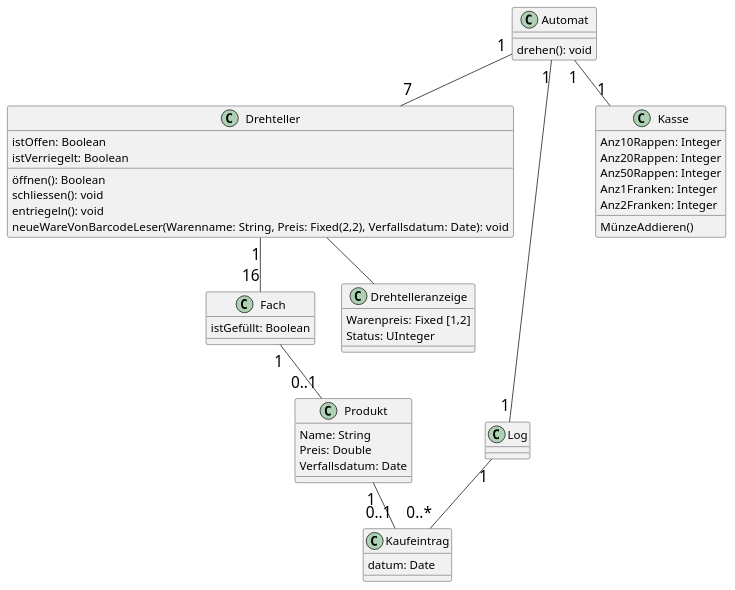
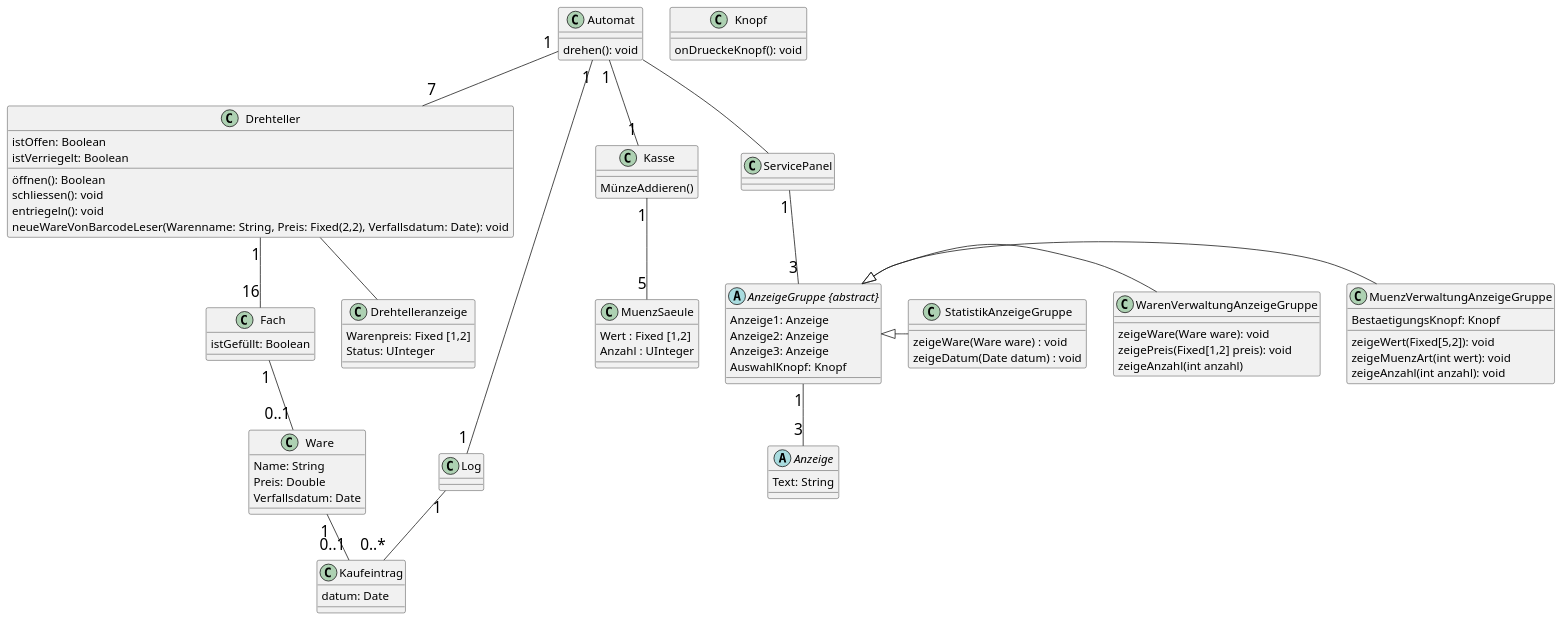
One commit to egoat/MAS-SE22_Warenautomat2022_Analyse changed the second of 3 diagrams in Warenautomat.md. Above: the diagram before and after it, drawn with PlantUML. The commit also changed other lines of this file, not shown here.

Commit message:
Umbenennen: Produkt -> Ware, modellieren ServicePanel

````diff
--- a/Warenautomat.md
+++ b/Warenautomat.md
@@ -81,11 +81,11 @@
 skinparam classAttributeFontSize 15
 skinparam arrowFontSize 20
 
-class "Automat" as A {
+class Automat {
     drehen(): void
 }
 
-class "Drehteller" as D {
+class Drehteller {
     istOffen: Boolean
     istVerriegelt: Boolean
     öffnen(): Boolean
@@ -94,59 +94,90 @@
     neueWareVonBarcodeLeser(Warenname: String, Preis: Fixed(2,2), Verfallsdatum: Date): void
 }
 
-class "Fach" as F {
+
+class Fach {
     istGefüllt: Boolean
 }
 
-
-class "Produkt" as P {
+class Ware {
     Name: String
     Preis: Double
     Verfallsdatum: Date
 }
 
-class "Log" as L {
-
+class Log {
 }
 
-class "Kaufeintrag" as E {
+class Kaufeintrag {
     datum: Date
-
-
 }
 
-class "Kasse" as K {
-    Anz10Rappen: Integer
-    Anz20Rappen: Integer
-    Anz50Rappen: Integer
-    Anz1Franken: Integer
-    Anz2Franken: Integer
-
+class Kasse {
     MünzeAddieren()
-    
-
 }
 
-class "Drehtelleranzeige" as DAZ {
+class MuenzSaeule {
+    Wert : Fixed [1,2]
+    Anzahl : UInteger
+}
+
+class Drehtelleranzeige {
     Warenpreis: Fixed [1,2]
     Status: UInteger
 
 }
 
+class ServicePanel{}
 
+abstract "AnzeigeGruppe {abstract}"{
+    Anzeige1: Anzeige
+    Anzeige2: Anzeige
+    Anzeige3: Anzeige
+    AuswahlKnopf: Knopf
+}
 
+abstract Anzeige{
+    Text: String
+}
 
-A "1" -- "1" L
-A "1" -- "1" K
-L "1" -- "0..*" E
+class Knopf{
+    onDrueckeKnopf(): void
+}
 
-A "1" -- "7" D
-D "1" -- "16" F
-F "1" -- "0..1" P
+class MuenzVerwaltungAnzeigeGruppe{
+    BestaetigungsKnopf: Knopf
+    zeigeWert(Fixed[5,2]): void
+    zeigeMuenzArt(int wert): void
+    zeigeAnzahl(int anzahl): void
+}
 
-D -- DAZ
+class WarenVerwaltungAnzeigeGruppe{
+    zeigeWare(Ware ware): void
+    zeigePreis(Fixed[1,2] preis): void
+    zeigeAnzahl(int anzahl)
+}
 
-P "1" -- "0..1" E
+class StatistikAnzeigeGruppe {
+    zeigeWare(Ware ware) : void
+    zeigeDatum(Date datum) : void
+
+}
+
+Automat "1" -- "7" Drehteller
+Drehteller "1" -- "16" Fach
+Fach "1" -- "0..1" Ware
+Automat "1" -- "1" Log
+Log "1" -- "0..*" Kaufeintrag
+Ware "1" -- "0..1" Kaufeintrag
+Automat "1" -- "1" Kasse
+Kasse "1" -- "5" MuenzSaeule
+Drehteller -- Drehtelleranzeige
+Automat -- ServicePanel
+ServicePanel "1" -- "3" "AnzeigeGruppe {abstract}"
+"AnzeigeGruppe {abstract}" "1" -- "3" Anzeige
+"AnzeigeGruppe {abstract}" <|- MuenzVerwaltungAnzeigeGruppe
+"AnzeigeGruppe {abstract}" <|- WarenVerwaltungAnzeigeGruppe
+"AnzeigeGruppe {abstract}" <|- StatistikAnzeigeGruppe
 
 @enduml
 ```
````
